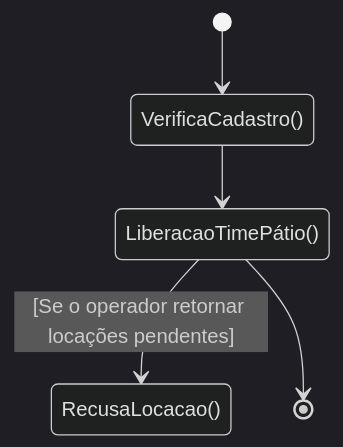
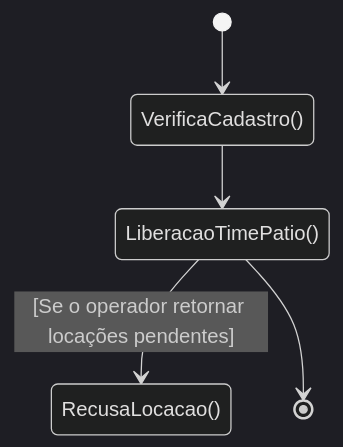
Before and after one commit to BrunoBassoo/LocadoraDeVeiculos: diagram 14 of 14 in README.md, drawn with Mermaid (dark theme). The commit also changed other lines of this file, not shown here.

````diff
--- a/README.md
+++ b/README.md
@@ -525,9 +526,9 @@
 ```mermaid
 stateDiagram
   direction TB
   [*] --> VerificaCadastro()
-  VerificaCadastro() --> LiberacaoTimePátio()
-  LiberacaoTimePátio() --> RecusaLocacao() : [Se o operador retornar locações pendentes]
-  LiberacaoTimePátio() --> [*] 
+  VerificaCadastro() --> LiberacaoTimePatio()
+  LiberacaoTimePatio() --> RecusaLocacao() : [Se o operador retornar locações pendentes]
+  LiberacaoTimePatio() --> [*] 
 
 ```
````
